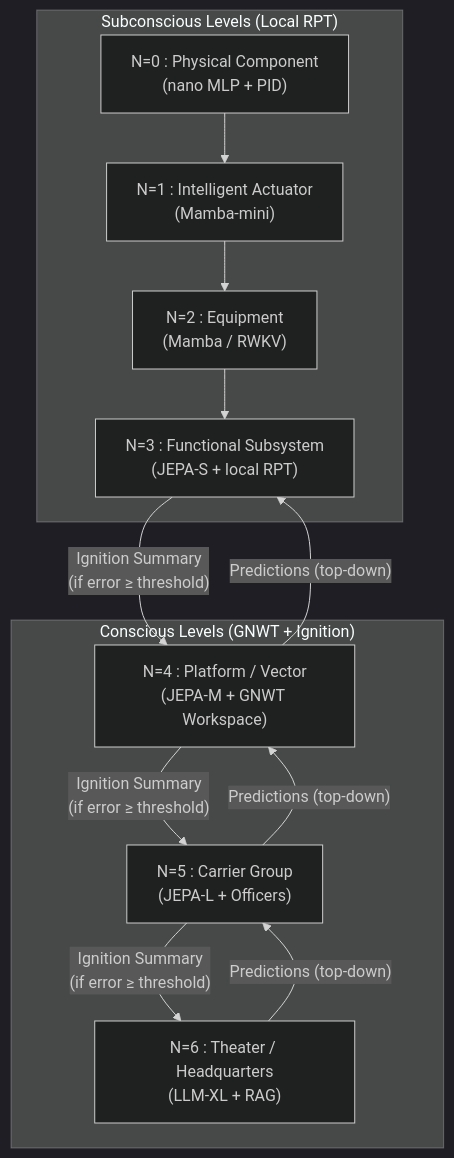
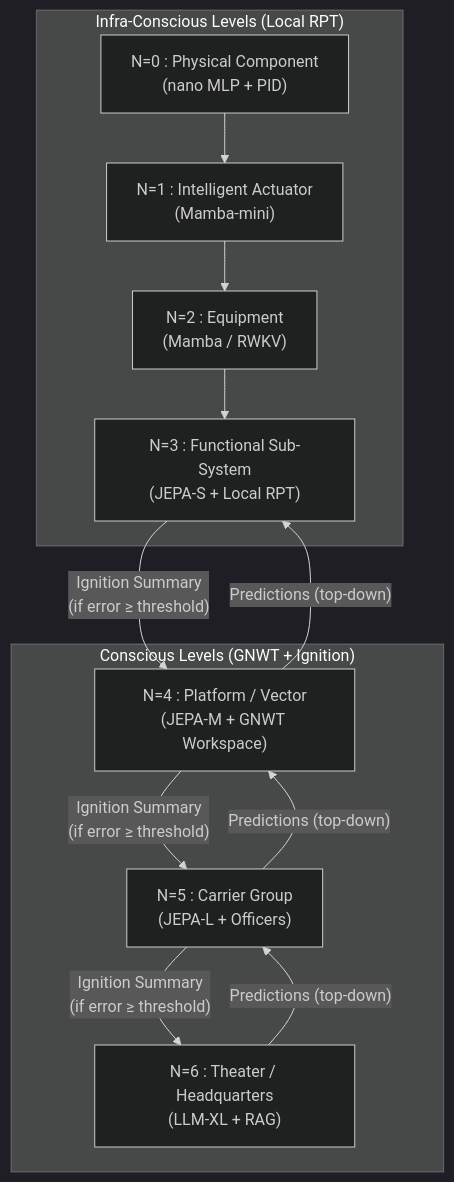
The third of 9 diagrams in architecture/architecture.md (AlainCo/GNWT-Garrigue-X-en), drawn with Mermaid (dark theme) before and after one commit. The commit also changed other lines of this file and 23 other files, not shown here.

````diff
--- a/architecture/architecture.md
+++ b/architecture/architecture.md
@@ -31,24 +31,24 @@
 ```mermaid
 flowchart TD
-    subgraph N0to3 ["Subconscious Levels (Local RPT)"]
+    subgraph N0to3 ["Infra-Conscious Levels (Local RPT)"]
         N0["N=0 : Physical Component<br>(nano MLP + PID)"]
         N1["N=1 : Intelligent Actuator<br>(Mamba-mini)"]
         N2["N=2 : Equipment<br>(Mamba / RWKV)"]
-        N3["N=3 : Functional Subsystem<br>(JEPA-S + local RPT)"]
+        N3["N=3 : Functional Sub-System<br>(JEPA-S + Local RPT)"]
     end
 
     subgraph N4to6 ["Conscious Levels (GNWT + Ignition)"]
         N4["N=4 : Platform / Vector<br>(JEPA-M + GNWT Workspace)"]
         N5["N=5 : Carrier Group<br>(JEPA-L + Officers)"]
         N6["N=6 : Theater / Headquarters<br>(LLM-XL + RAG)"]
     end
 
     N0 --> N1 --> N2 --> N3
     N3 -->|"Ignition Summary<br>(if error ≥ threshold)"| N4
     N4 -->|"Ignition Summary<br>(if error ≥ threshold)"| N5
     N5 -->|"Ignition Summary<br>(if error ≥ threshold)"| N6
 
     N6 -->|"Predictions (top-down)"| N5
     N5 -->|"Predictions (top-down)"| N4
     N4 -->|"Predictions (top-down)"| N3
 ```
````
